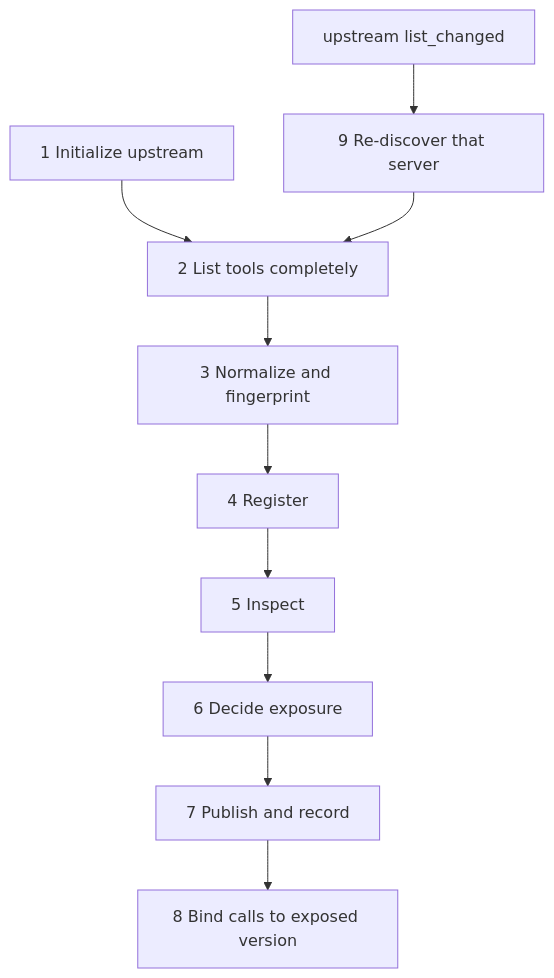
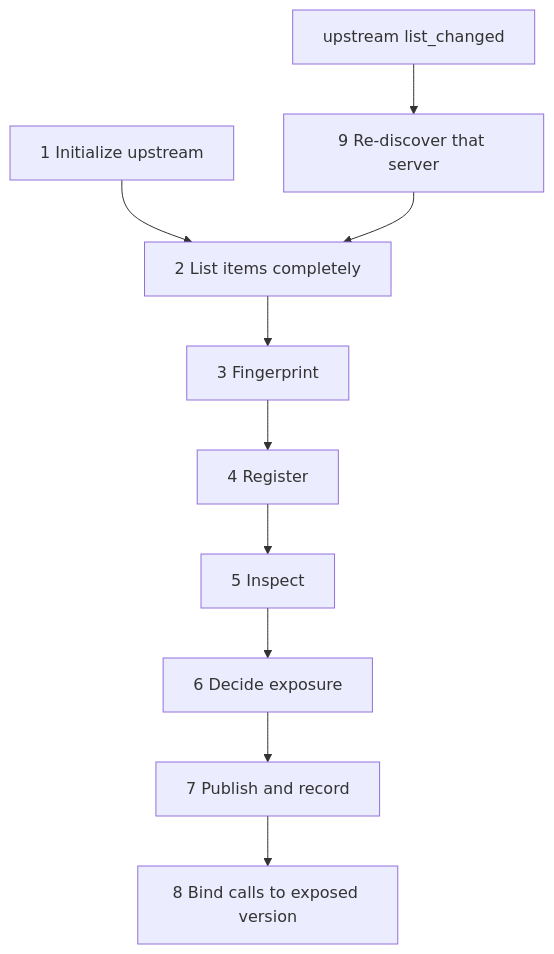
One commit to taha-kahya/mcp-security-proxy changed the diagram in docs/design/discovery-lifecycle.md. Above: the diagram before and after it, drawn with Mermaid. The commit also changed other lines of this file and 5 other files, not shown here.

````diff
--- a/docs/design/discovery-lifecycle.md
+++ b/docs/design/discovery-lifecycle.md
@@ -13,12 +32,12 @@
 ```mermaid
 flowchart TD
-    A[1 Initialize upstream] --> B[2 List tools completely]
-    B --> C[3 Normalize and fingerprint]
+    A[1 Initialize upstream] --> B[2 List items completely]
+    B --> C[3 Fingerprint]
     C --> D[4 Register]
     D --> E[5 Inspect]
     E --> F[6 Decide exposure]
     F --> G[7 Publish and record]
     G --> H[8 Bind calls to exposed version]
     I[upstream list_changed] --> J[9 Re-discover that server]
     J --> B
 ```
````
